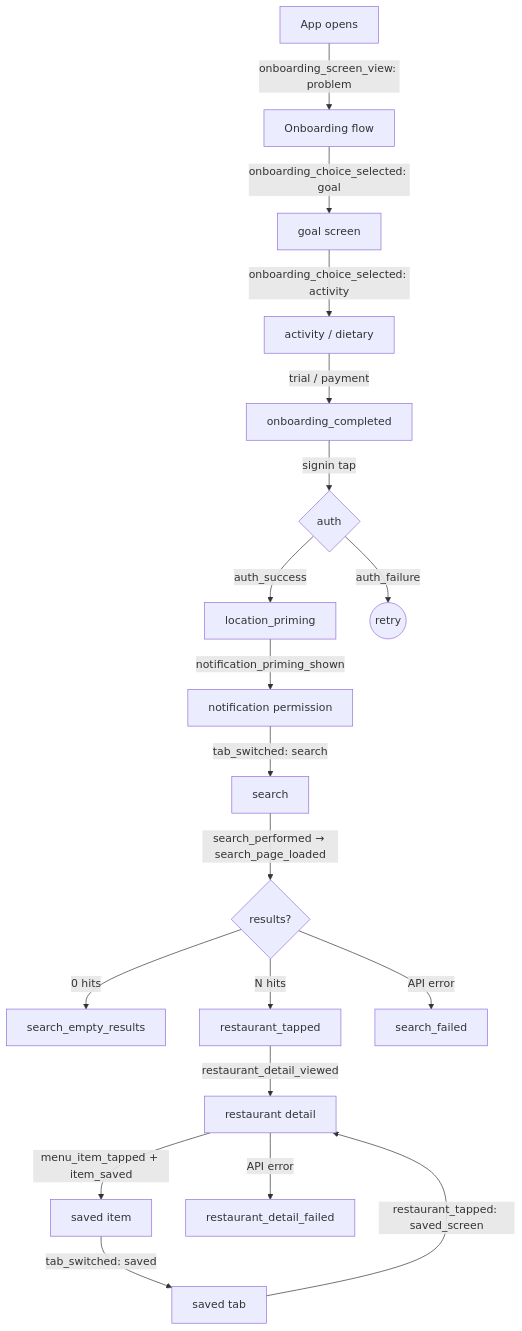
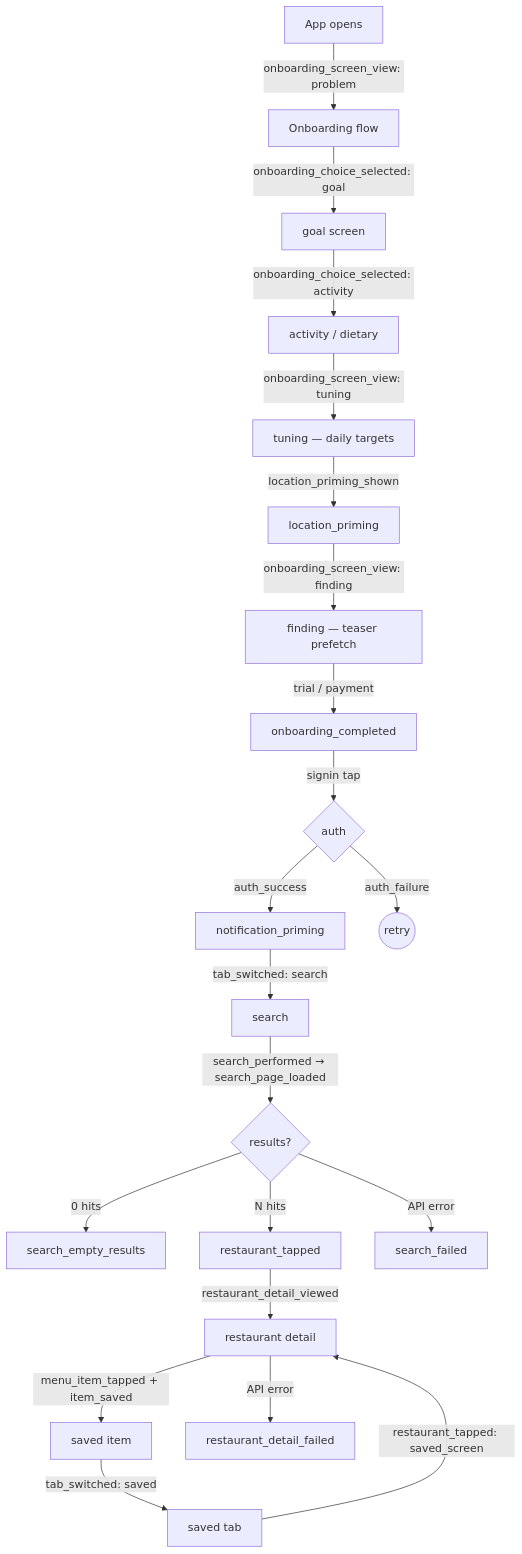
One commit to dgmolla/fitsy changed the diagram in docs/engineering/frontend/analytics-events.md. Above: the diagram before and after it, drawn with Mermaid. The commit also changed other lines of this file and 5 other files, not shown here.

First line of the commit message:
fix(onboarding): move location priming before teaser; wire granted coords into preview

````diff
--- a/docs/engineering/frontend/analytics-events.md
+++ b/docs/engineering/frontend/analytics-events.md
@@ -23,21 +23,23 @@
 ```mermaid
 flowchart TD
     A[App opens] -->|onboarding_screen_view: problem| B[Onboarding flow]
     B -->|onboarding_choice_selected: goal| C[goal screen]
     C -->|onboarding_choice_selected: activity| D[activity / dietary]
-    D -->|trial / payment| E[onboarding_completed]
+    D -->|onboarding_screen_view: tuning| Tu[tuning — daily targets]
+    Tu -->|location_priming_shown| G[location_priming]
+    G -->|onboarding_screen_view: finding| Fi[finding — teaser prefetch]
+    Fi -->|trial / payment| E[onboarding_completed]
     E -->|signin tap| F{auth}
-    F -->|auth_success| G[location_priming]
+    F -->|auth_success| H[notification_priming]
     F -->|auth_failure| Fexit((retry))
-    G -->|notification_priming_shown| H[notification permission]
     H -->|tab_switched: search| I[search]
     I -->|search_performed → search_page_loaded| J{results?}
     J -->|0 hits| Jx[search_empty_results]
     J -->|N hits| K[restaurant_tapped]
     J -->|API error| Jy[search_failed]
     K -->|restaurant_detail_viewed| L[restaurant detail]
     L -->|menu_item_tapped + item_saved| M[saved item]
     L -->|API error| Lx[restaurant_detail_failed]
     M -->|tab_switched: saved| N[saved tab]
     N -->|restaurant_tapped: saved_screen| L
 ```
````
